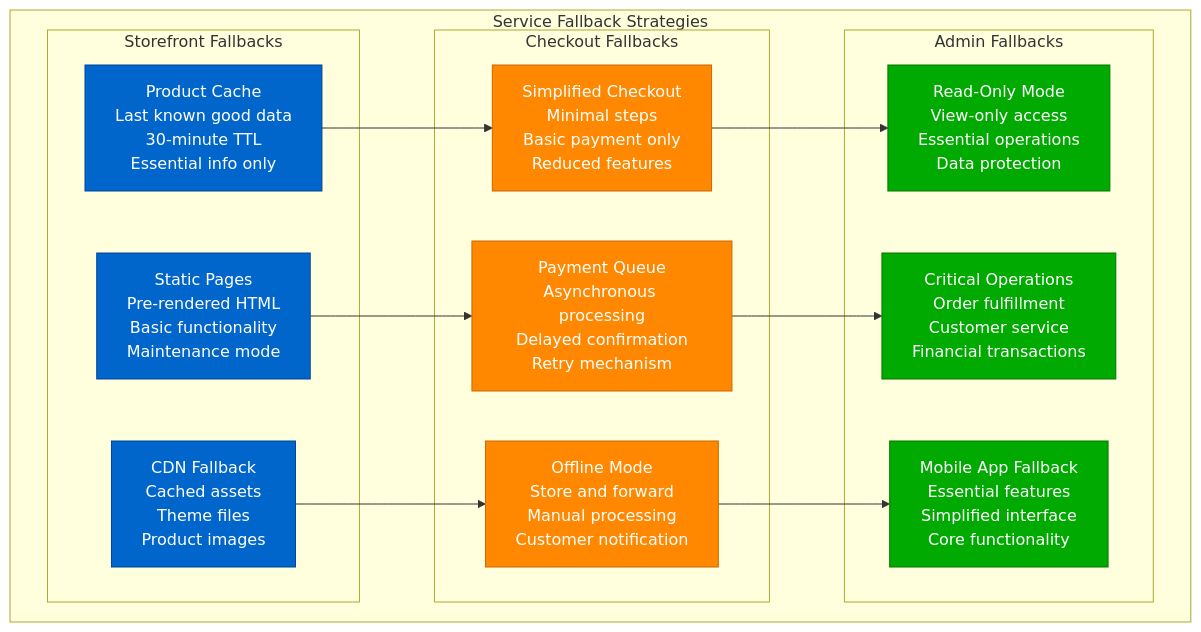
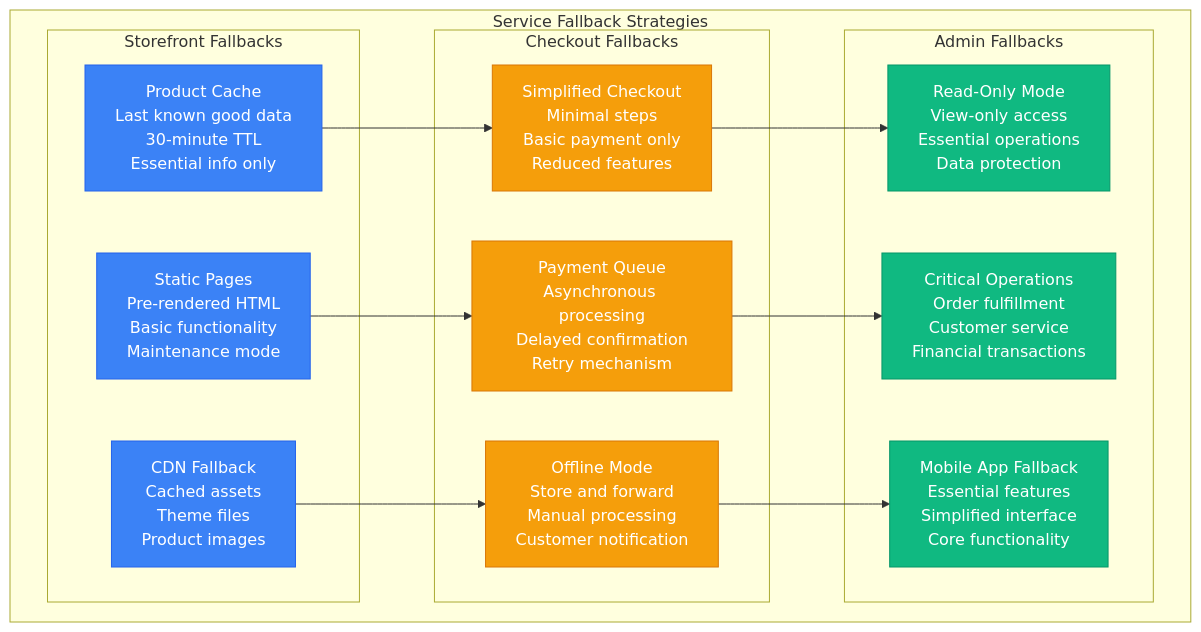
One commit to deepaucksharma/DS changed the sixth of 9 diagrams in site/docs/systems/shopify/failure-domains.md. Above: the diagram before and after it, drawn with Mermaid. The commit also changed other lines of this file and 303 other files, not shown here.

````diff
--- a/site/docs/systems/shopify/failure-domains.md
+++ b/site/docs/systems/shopify/failure-domains.md
@@ -281,40 +281,40 @@
 ```mermaid
 graph TB
     subgraph "Service Fallback Strategies"
         subgraph "Storefront Fallbacks"
             PRODUCT_CACHE[Product Cache<br/>Last known good data<br/>30-minute TTL<br/>Essential info only]
             STATIC_PAGES[Static Pages<br/>Pre-rendered HTML<br/>Basic functionality<br/>Maintenance mode]
             CDN_FALLBACK[CDN Fallback<br/>Cached assets<br/>Theme files<br/>Product images]
         end
 
         subgraph "Checkout Fallbacks"
             SIMPLE_CHECKOUT[Simplified Checkout<br/>Minimal steps<br/>Basic payment only<br/>Reduced features]
             PAYMENT_QUEUE[Payment Queue<br/>Asynchronous processing<br/>Delayed confirmation<br/>Retry mechanism]
             OFFLINE_MODE[Offline Mode<br/>Store and forward<br/>Manual processing<br/>Customer notification]
         end
 
         subgraph "Admin Fallbacks"
             READ_ONLY[Read-Only Mode<br/>View-only access<br/>Essential operations<br/>Data protection]
             CRITICAL_ONLY[Critical Operations<br/>Order fulfillment<br/>Customer service<br/>Financial transactions]
             MOBILE_APP[Mobile App Fallback<br/>Essential features<br/>Simplified interface<br/>Core functionality]
         end
     end
 
     %% Fallback hierarchy
     PRODUCT_CACHE --> SIMPLE_CHECKOUT
     STATIC_PAGES --> PAYMENT_QUEUE
     CDN_FALLBACK --> OFFLINE_MODE
 
     SIMPLE_CHECKOUT --> READ_ONLY
     PAYMENT_QUEUE --> CRITICAL_ONLY
     OFFLINE_MODE --> MOBILE_APP
 
     %% Apply fallback colors
-    classDef storefrontStyle fill:#0066CC,stroke:#004499,color:#fff
-    classDef checkoutStyle fill:#FF8800,stroke:#CC6600,color:#fff
-    classDef adminStyle fill:#00AA00,stroke:#007700,color:#fff
+    classDef storefrontStyle fill:#3B82F6,stroke:#2563EB,color:#fff
+    classDef checkoutStyle fill:#F59E0B,stroke:#D97706,color:#fff
+    classDef adminStyle fill:#10B981,stroke:#059669,color:#fff
 
     class PRODUCT_CACHE,STATIC_PAGES,CDN_FALLBACK storefrontStyle
     class SIMPLE_CHECKOUT,PAYMENT_QUEUE,OFFLINE_MODE checkoutStyle
     class READ_ONLY,CRITICAL_ONLY,MOBILE_APP adminStyle
 ```
````
